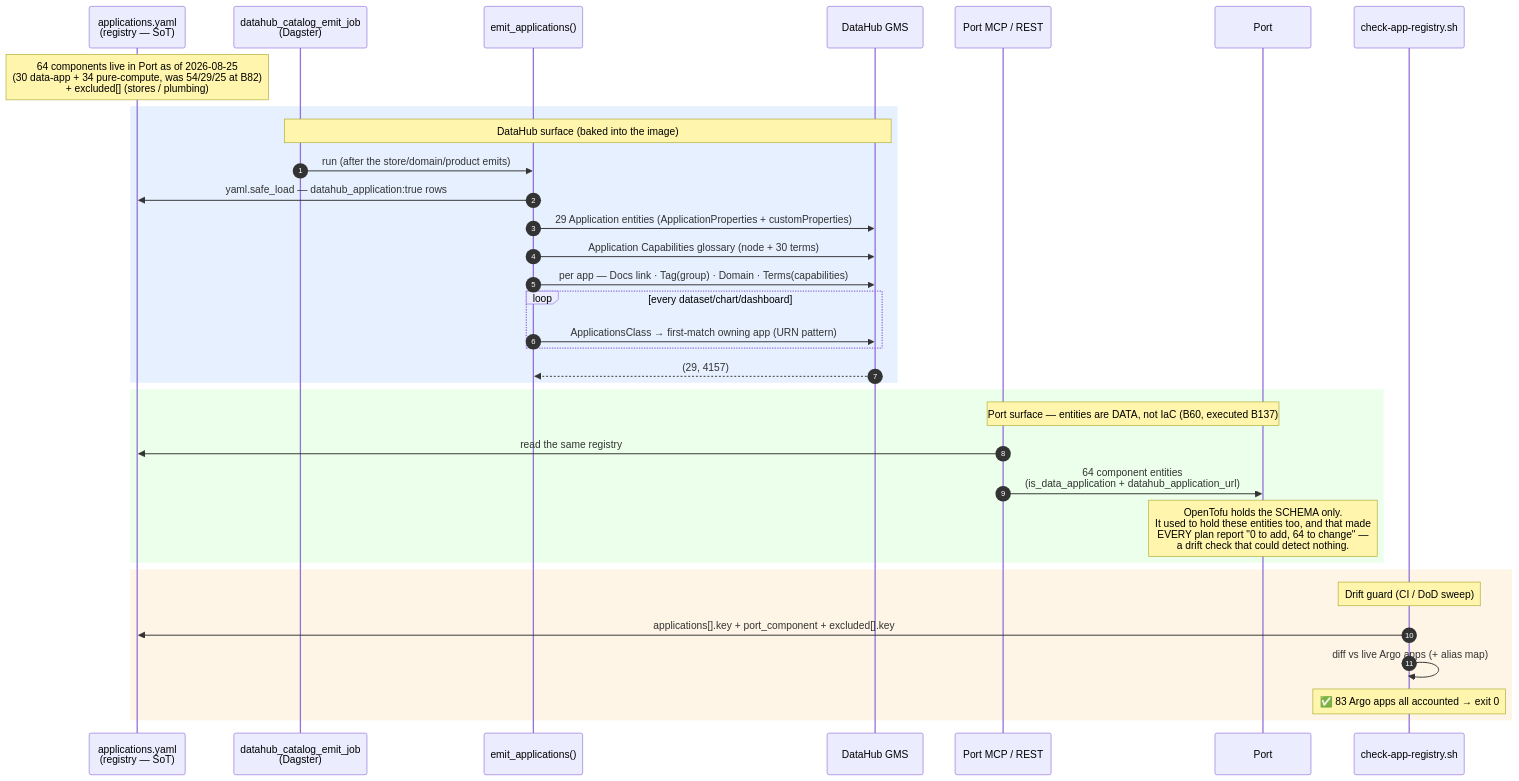
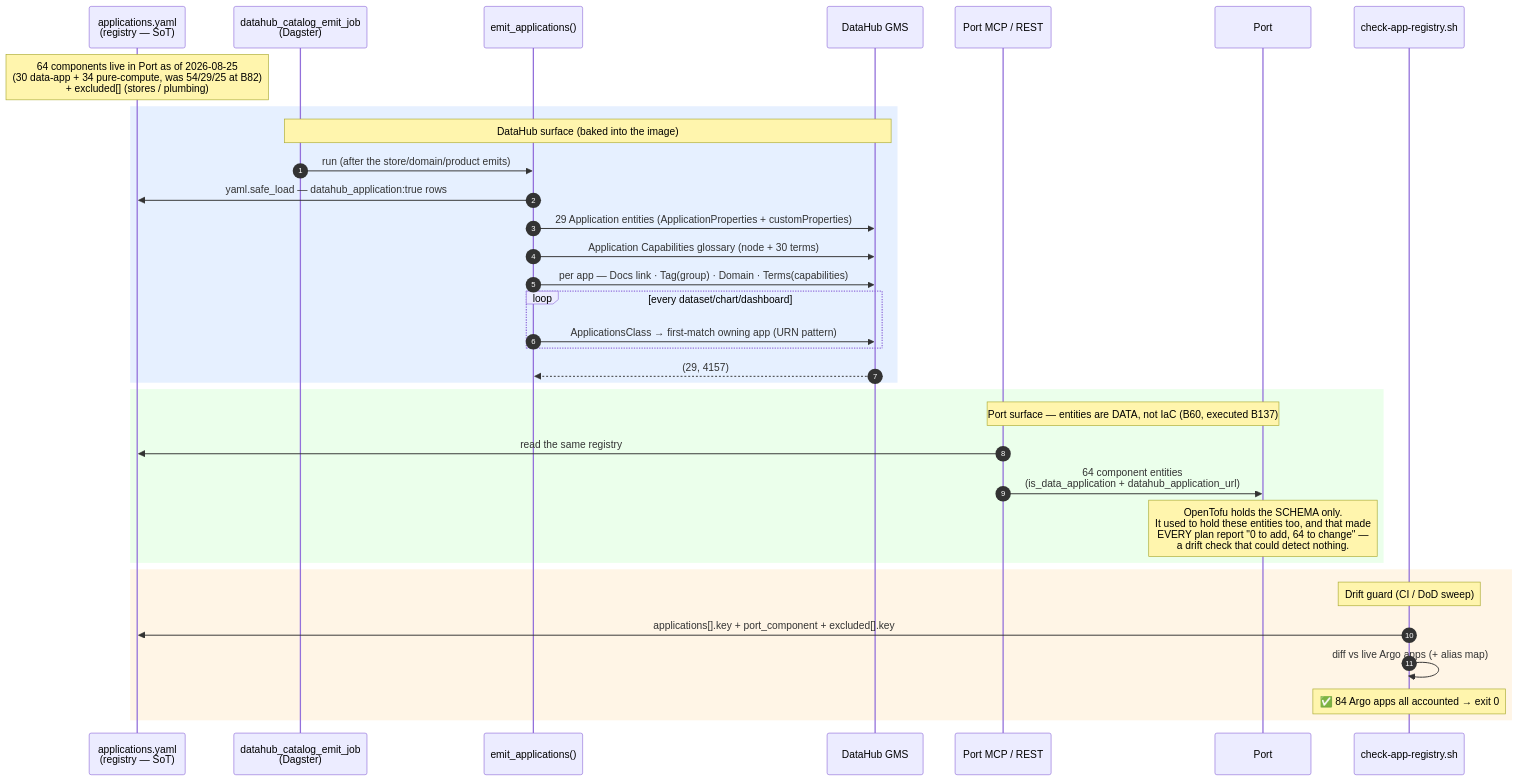
Before and after one commit to edtbl76/weyland-lab: the diagram in docs/diagrams/flow-application-taxonomy.md, drawn with Mermaid. The commit also changed 21 other files, not shown here.

````diff
--- a/docs/diagrams/flow-application-taxonomy.md
+++ b/docs/diagrams/flow-application-taxonomy.md
@@ -6,40 +6,40 @@
 ```mermaid
 sequenceDiagram
     autonumber
     participant REG as applications.yaml<br/>(registry — SoT)
     participant JOB as datahub_catalog_emit_job<br/>(Dagster)
     participant EMIT as emit_applications()
     participant GMS as DataHub GMS
     participant MCP as Port MCP / REST
     participant PORT as Port
     participant CHK as check-app-registry.sh
 
     Note over REG: 64 components live in Port as of 2026-08-25<br/>(30 data-app + 34 pure-compute, was 54/29/25 at B82)<br/>+ excluded[] (stores / plumbing)
 
     rect rgb(230,240,255)
     Note over JOB,GMS: DataHub surface (baked into the image)
     JOB->>EMIT: run (after the store/domain/product emits)
     EMIT->>REG: yaml.safe_load — datahub_application:true rows
     EMIT->>GMS: 29 Application entities (ApplicationProperties + customProperties)
     EMIT->>GMS: Application Capabilities glossary (node + 30 terms)
     EMIT->>GMS: per app — Docs link · Tag(group) · Domain · Terms(capabilities)
     loop every dataset/chart/dashboard
         EMIT->>GMS: ApplicationsClass → first-match owning app (URN pattern)
     end
     GMS-->>EMIT: (29, 4157)
     end
 
     rect rgb(235,255,235)
     Note over MCP,PORT: Port surface — entities are DATA, not IaC (B60, executed B137)
     MCP->>REG: read the same registry
     MCP->>PORT: 64 component entities<br/>(is_data_application + datahub_application_url)
     Note over PORT: OpenTofu holds the SCHEMA only.<br/>It used to hold these entities too, and that made<br/>EVERY plan report "0 to add, 64 to change" —<br/>a drift check that could detect nothing.
     end
 
     rect rgb(255,245,230)
     Note over CHK: Drift guard (CI / DoD sweep)
     CHK->>REG: applications[].key + port_component + excluded[].key
     CHK->>CHK: diff vs live Argo apps (+ alias map)
-    Note over CHK: ✅ 83 Argo apps all accounted → exit 0
+    Note over CHK: ✅ 84 Argo apps all accounted → exit 0
     end
 ```
````
